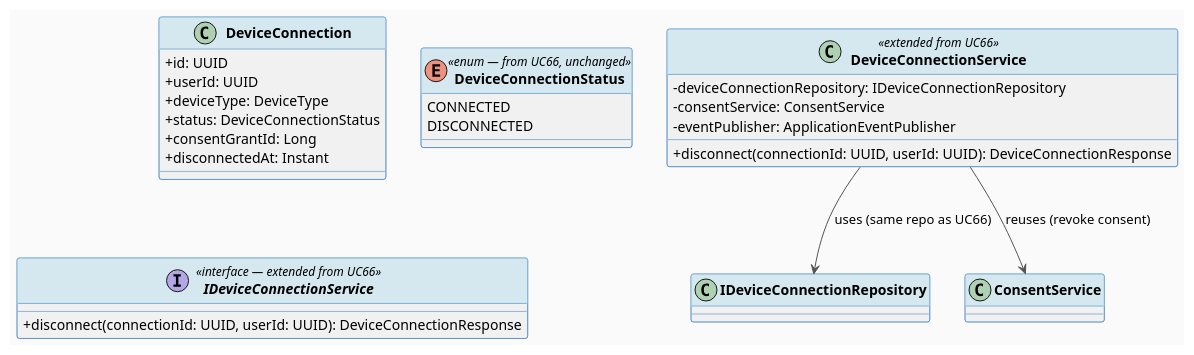
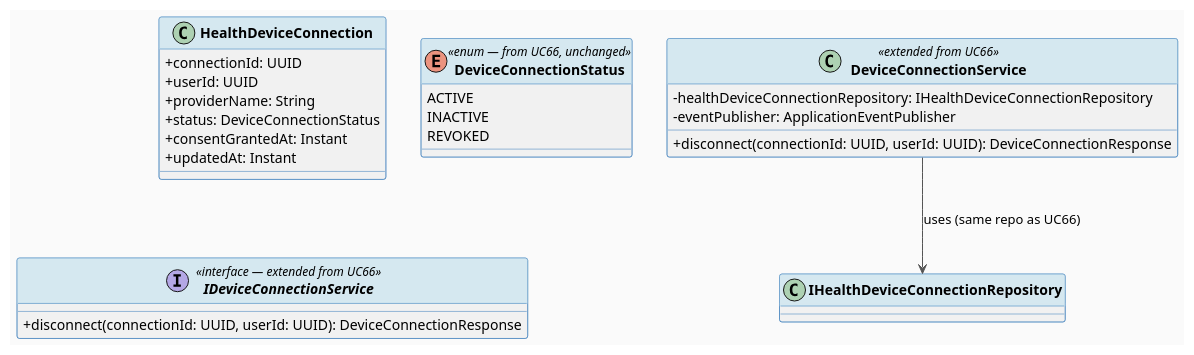
Before and after one commit to ChuongBDHE172784/CareBridge_SEP490_G79: the first of 3 diagrams in 04_Implement/UC68_DisconnectHealthDevice/UC68_DisconnectHealthDevice_TDS.md, drawn with PlantUML. The commit also changed other lines of this file and 95 other files, not shown here.

````diff
--- a/04_Implement/UC68_DisconnectHealthDevice/UC68_DisconnectHealthDevice_TDS.md
+++ b/04_Implement/UC68_DisconnectHealthDevice/UC68_DisconnectHealthDevice_TDS.md
@@ -152,42 +153,41 @@
 ```plantuml
 @startuml UC68_ClassDiagram
 skinparam classAttributeIconSize 0
 skinparam classFontStyle bold
 skinparam backgroundColor #FAFAFA
 skinparam ArrowColor #555555
 skinparam ClassBorderColor #2E75B6
 skinparam ClassHeaderBackgroundColor #D5E8F0
 
-' === REUSED FROM UC66 (no changes to entity structure) ===
-class DeviceConnection {
-  + id: UUID
+' === REUSED FROM UC66 (real schema entity, no changes to structure) ===
+class HealthDeviceConnection {
+  + connectionId: UUID
   + userId: UUID
-  + deviceType: DeviceType
+  + providerName: String
   + status: DeviceConnectionStatus
-  + consentGrantId: Long
-  + disconnectedAt: Instant
+  + consentGrantedAt: Instant
+  + updatedAt: Instant
   ' ... (see UC66 TDS §5.1 for full attribute list)
 }
 
 enum DeviceConnectionStatus <<enum — from UC66, unchanged>> {
-  CONNECTED
-  DISCONNECTED
+  ACTIVE
+  INACTIVE
+  REVOKED
 }
 
 ' === SERVICE (extends UC66's IDeviceConnectionService) ===
 interface IDeviceConnectionService <<interface — extended from UC66>> {
   + disconnect(connectionId: UUID, userId: UUID): DeviceConnectionResponse
 }
 
 class DeviceConnectionService <<extended from UC66>> {
-  - deviceConnectionRepository: IDeviceConnectionRepository
-  - consentService: ConsentService
+  - healthDeviceConnectionRepository: IHealthDeviceConnectionRepository
   - eventPublisher: ApplicationEventPublisher
   + disconnect(connectionId: UUID, userId: UUID): DeviceConnectionResponse
 }
 
-DeviceConnectionService --> IDeviceConnectionRepository : uses (same repo as UC66)
-DeviceConnectionService --> ConsentService : reuses (revoke consent)
+DeviceConnectionService --> IHealthDeviceConnectionRepository : uses (same repo as UC66)
 
 @enduml
 ```
````
